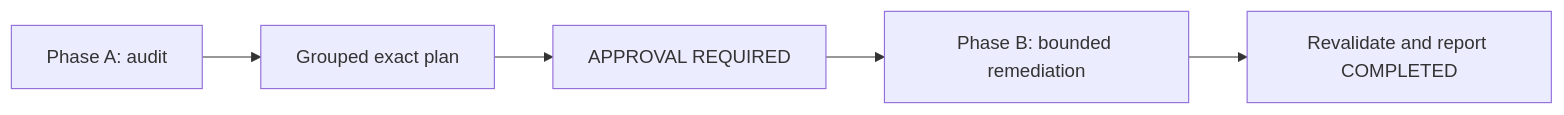
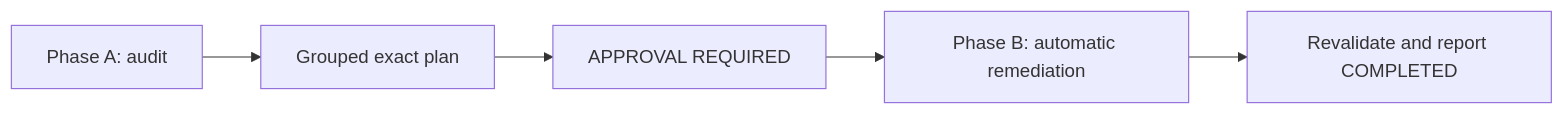
Before and after one commit to urban233/CoDev: the diagram in .agents/skills/audit-google-python-style/SKILL.md, drawn with Mermaid. The commit also changed other lines of this file and 2 other files, not shown here.

Commit message:
Refine Google Python Style audit workflow: update Phase descriptions, enhance auto-remediation logic, and adjust agent configuration for implicit invocation.

````diff
--- a/.agents/skills/audit-google-python-style/SKILL.md
+++ b/.agents/skills/audit-google-python-style/SKILL.md
@@ -11,7 +14,7 @@
 ```mermaid
 flowchart LR
  A[Phase A: audit] --> P[Grouped exact plan]
  P --> R[APPROVAL REQUIRED]
- R --> B[Phase B: bounded remediation]
+ R --> B[Phase B: automatic remediation]
  B --> C[Revalidate and report COMPLETED]
 ```
````
